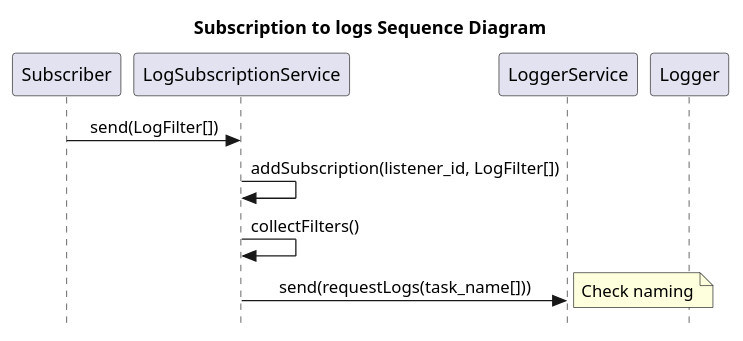
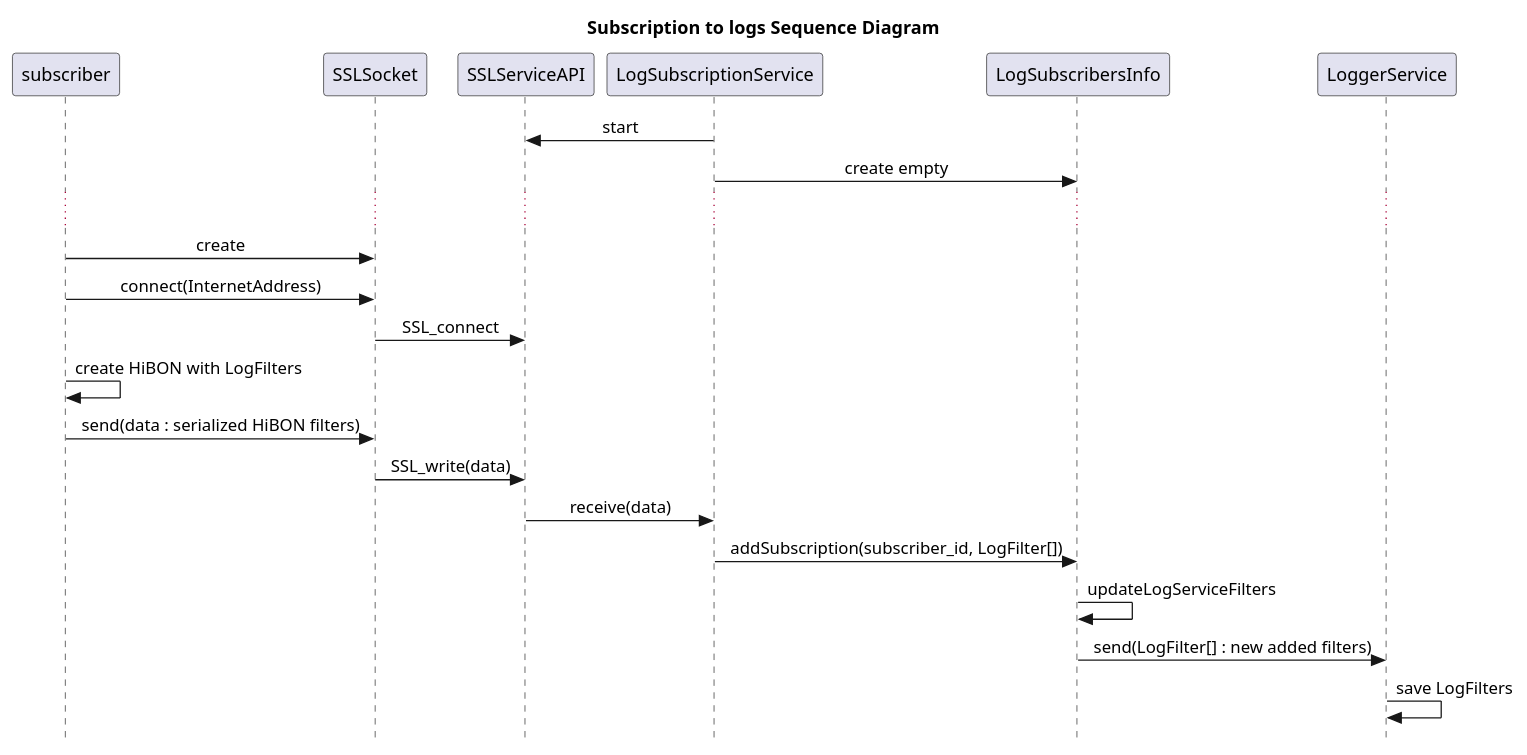
The diagram in src/lib-services/uml/LogSubscription/LogSubscriptopnSequence.wsd (tagion/tagion), drawn with PlantUML before and after one commit. The commit also changed 3 other files, not shown here.

Commit message:
update diagrams for log subscription

```diff
--- a/src/lib-services/uml/LogSubscription/LogSubscriptopnSequence.wsd
+++ b/src/lib-services/uml/LogSubscription/LogSubscriptopnSequence.wsd
@@ -1,25 +1,30 @@
 @startuml Logger Subscription Sequence
 
 skinparam Style strictuml
 skinparam SequenceMessageAlign center
 hide empty description
 title Subscription to logs Sequence Diagram
 
-participant Subscriber as sub
+participant subscriber as sub
+participant SSLSocket as socket
+participant SSLServiceAPI as api
 participant LogSubscriptionService as subservice
+participant LogSubscribersInfo as subinfo
 participant LoggerService as logservice
-participant Logger as logger
 
-sub -> subservice : send(LogFilter[])
-subservice -> subservice : addSubscription(listener_id, LogFilter[])
-subservice -> subservice : collectFilters()
-subservice -> logservice : send(requestLogs(task_name[]))
-note right
-Check naming
-end note
-
-deactivate sub
-deactivate subservice
-deactivate logservice
+subservice -> api : start
+subservice -> subinfo : create empty
+...
+sub -> socket : create
+sub -> socket : connect(InternetAddress)
+socket -> api : SSL_connect
+sub -> sub : create HiBON with LogFilters
+sub -> socket : send(data : serialized HiBON filters)
+socket -> api : SSL_write(data)
+api -> subservice : receive(data)
+subservice -> subinfo : addSubscription(subscriber_id, LogFilter[])
+subinfo -> subinfo : updateLogServiceFilters
+subinfo -> logservice : send(LogFilter[] : new added filters)
+logservice -> logservice : save LogFilters
 
 @enduml
```
